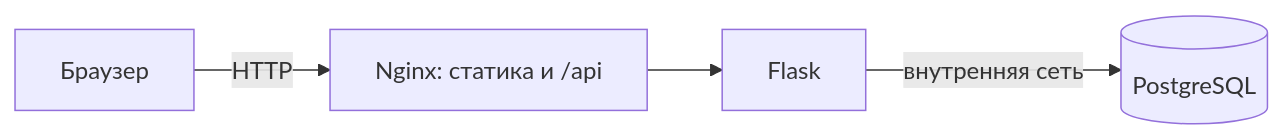
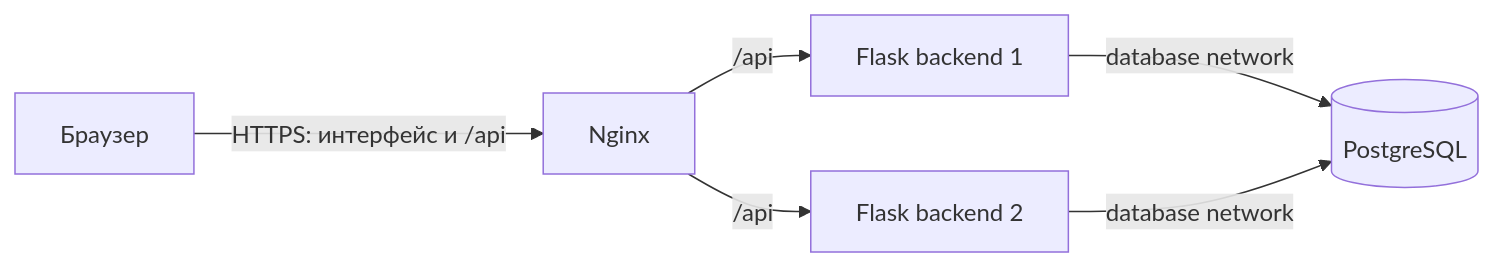
The diagram in README.md (fadeeey/clouds-labs), drawn with Mermaid before and after one commit. The commit also changed other lines of this file and 8 other files, not shown here.

````diff
--- a/README.md
+++ b/README.md
@@ -37,6 +30,8 @@
 ```mermaid
 flowchart LR
-  B[Браузер] -->|HTTP| N[Nginx: статика и /api]
-  N --> F[Flask]
-  F -->|внутренняя сеть| P[(PostgreSQL)]
+  B[Браузер] -->|HTTPS: интерфейс и /api| N[Nginx]
+  N -->|/api| F1[Flask backend 1]
+  N -->|/api| F2[Flask backend 2]
+  F1 -->|database network| P[(PostgreSQL)]
+  F2 -->|database network| P
 ```
````
